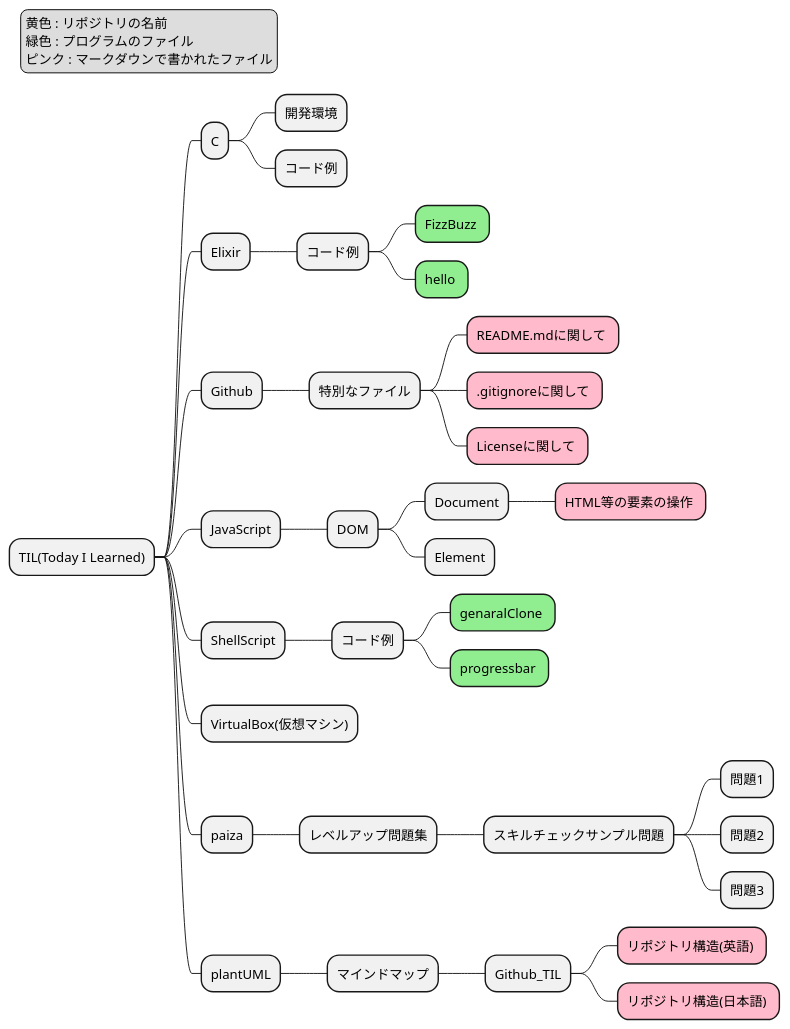
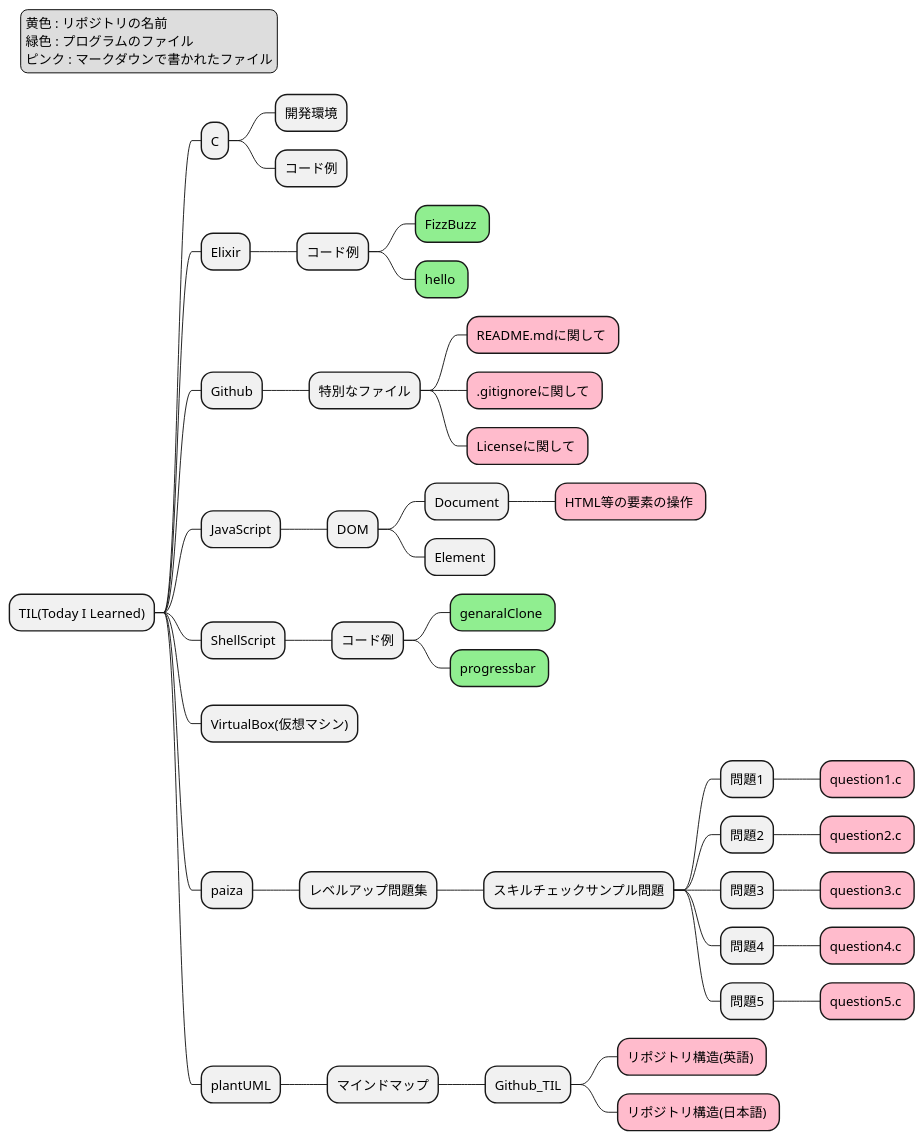
Before and after one commit to sudo-roa/TIL: the diagram in plantUML/MindMap/Github_TIL/RepositoryStructureJ.puml, drawn with PlantUML. The commit also changed 4 other files, not shown here.

```diff
--- a/plantUML/MindMap/Github_TIL/RepositoryStructureJ.puml
+++ b/plantUML/MindMap/Github_TIL/RepositoryStructureJ.puml
@@ -1,64 +1,70 @@
 @startmindmap RepositoryStructureJ
 
 <style>
 mindmapDiagram {
   .green {
     BackgroundColor #90ee90
   }
   .rose {
     BackgroundColor #FFBBCC
   }
 }
 </style>
 
 * TIL(Today I Learned)
 
 ** C
 *** 開発環境
 *** コード例
 
 ** Elixir
 *** コード例
 **** FizzBuzz <<green>>
 **** hello <<green>>
 
 ** Github
 *** 特別なファイル
 **** README.mdに関して <<rose>>
 **** .gitignoreに関して <<rose>>
 **** Licenseに関して <<rose>>
 
 ** JavaScript
 *** DOM
 **** Document
 ***** HTML等の要素の操作 <<rose>>
 **** Element
 
 ** ShellScript
 *** コード例
 **** genaralClone <<green>>
 **** progressbar <<green>>
 
 ** VirtualBox(仮想マシン)
 
 ** paiza
 *** レベルアップ問題集
 **** スキルチェックサンプル問題
 ***** 問題1
+****** question1.c <<rose>>
 ***** 問題2
+****** question2.c <<rose>>
 ***** 問題3
+****** question3.c <<rose>>
+***** 問題4
+****** question4.c <<rose>>
+***** 問題5
+****** question5.c <<rose>>
 
 ** plantUML
 *** マインドマップ
 **** Github_TIL
 ***** リポジトリ構造(英語) <<rose>>
 ***** リポジトリ構造(日本語) <<rose>>
-
 
 legend top left
     黄色 : リポジトリの名前
     緑色 : プログラムのファイル
     ピンク : マークダウンで書かれたファイル
 endlegend
 
 @endmindmap
```
